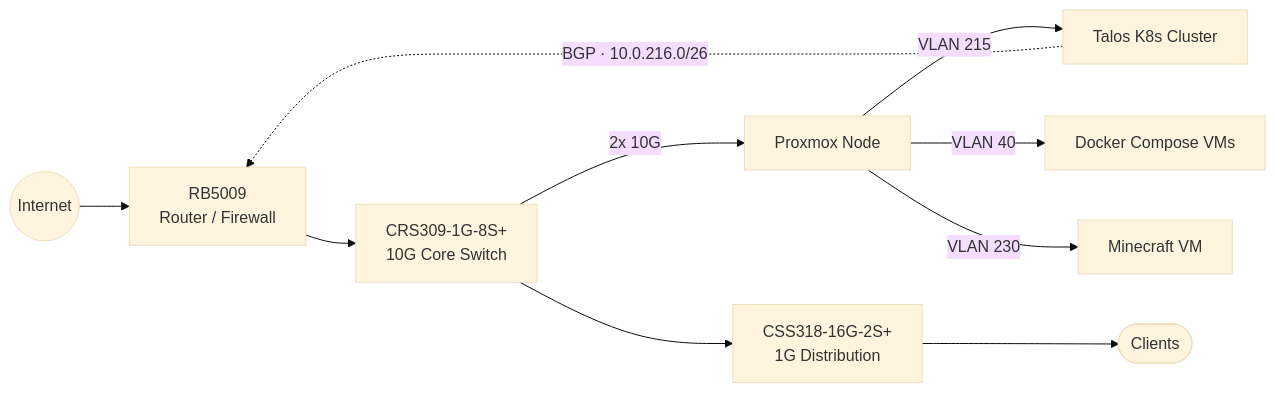
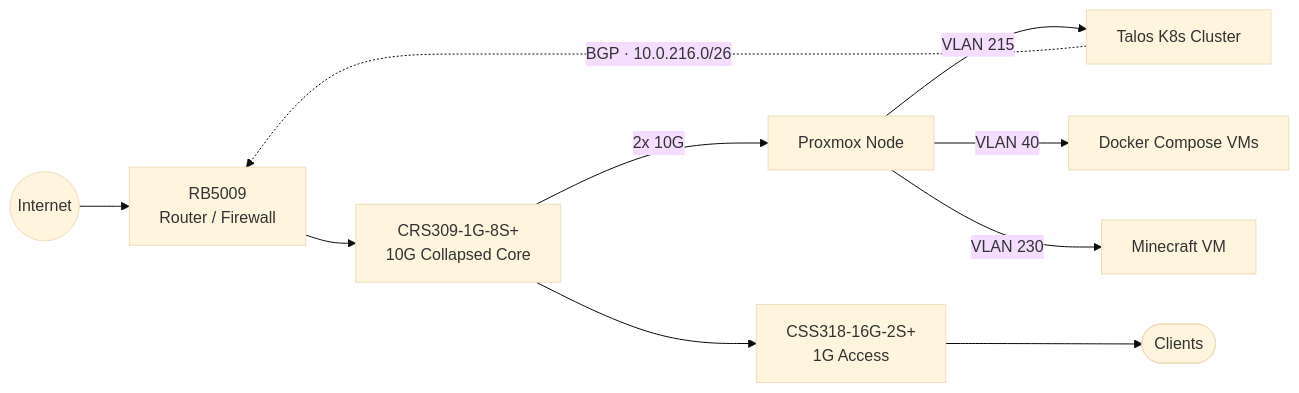
The diagram in backend/content/homelab.md (kerbatek/portfolio), drawn with Mermaid (base theme) before and after one commit. The commit also changed other lines of this file and 7 other files, not shown here.

````diff
--- a/backend/content/homelab.md
+++ b/backend/content/homelab.md
@@ -8,14 +10,14 @@
 ```mermaid
 graph LR
     Internet((Internet)) --> RB[RB5009<br/>Router / Firewall]
-    RB --> Core[CRS309-1G-8S+<br/>10G Core Switch]
+    RB --> Core[CRS309-1G-8S+<br/>10G Collapsed Core]
     Core -->|2x 10G| PVE[Proxmox Node]
-    Core --> Dist[CSS318-16G-2S+<br/>1G Distribution]
-    Dist --> Clients([Clients])
+    Core --> Access[CSS318-16G-2S+<br/>1G Access]
+    Access --> Clients([Clients])
 
     PVE -->|VLAN 215| K8s[Talos K8s Cluster]
     PVE -->|VLAN 40| Docker[Docker Compose VMs]
     PVE -->|VLAN 230| MC[Minecraft VM]
 
     K8s -. "BGP · 10.0.216.0/26" .-> RB
 ```
````
